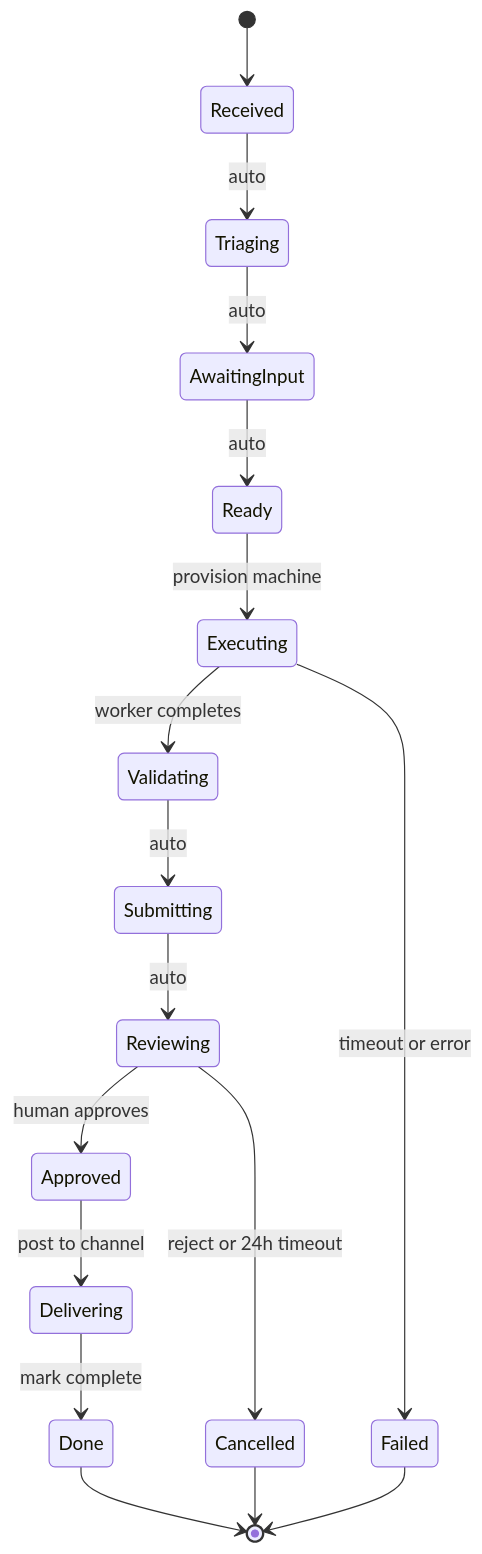
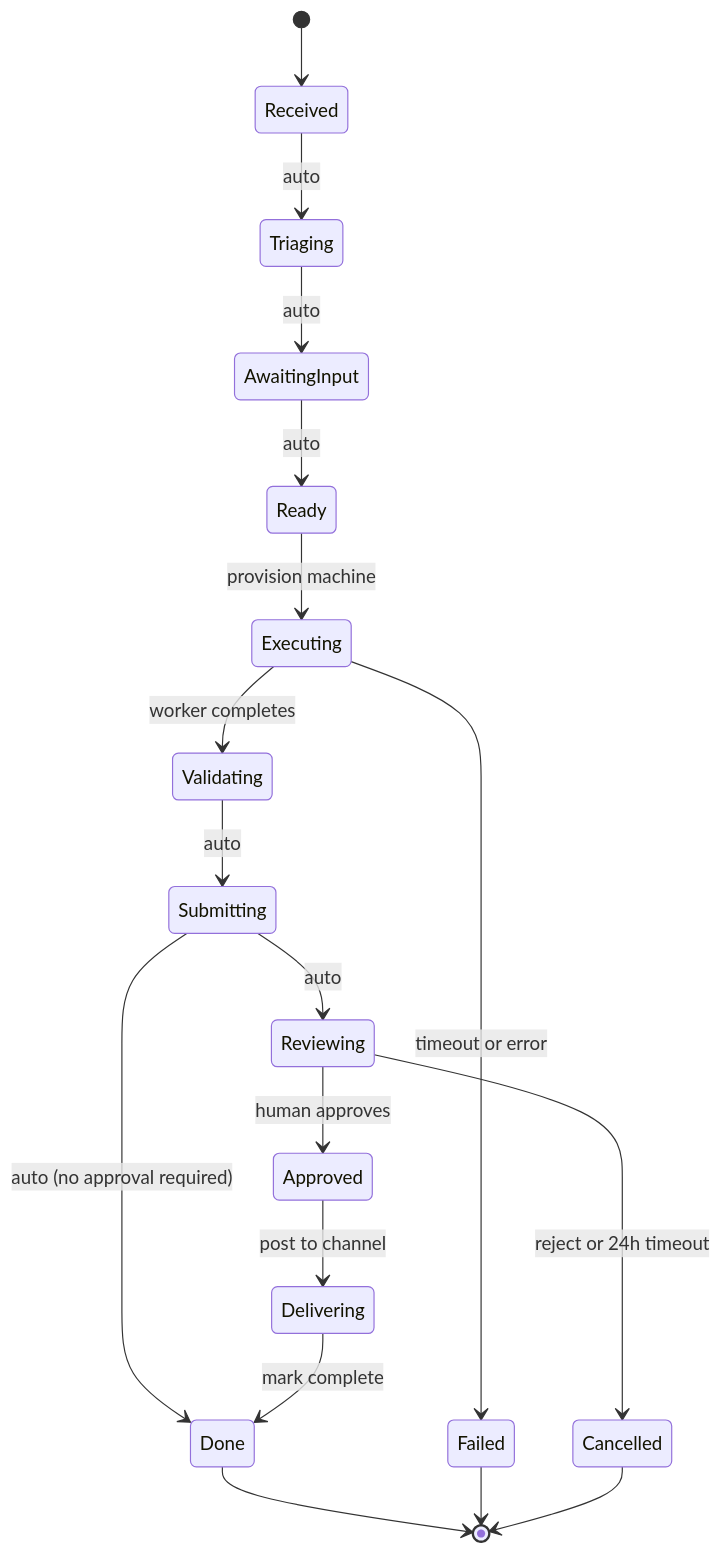
The second of 4 diagrams in docs/2026-04-20-1314-current-system-state.md (viiqswim/dozaldevs-ai-employee), drawn with Mermaid before and after one commit. The commit also changed other lines of this file, not shown here.

````diff
--- a/docs/2026-04-20-1314-current-system-state.md
+++ b/docs/2026-04-20-1314-current-system-state.md
@@ -100,22 +100,23 @@
 ```mermaid
 stateDiagram-v2
     [*] --> Received
 
     Received --> Triaging : auto
     Triaging --> AwaitingInput : auto
     AwaitingInput --> Ready : auto
     Ready --> Executing : provision machine
     Executing --> Validating : worker completes
     Validating --> Submitting : auto
     Submitting --> Reviewing : auto
+    Submitting --> Done : auto (no approval required)
     Reviewing --> Approved : human approves
     Approved --> Delivering : post to channel
     Delivering --> Done : mark complete
 
     Executing --> Failed : timeout or error
     Reviewing --> Cancelled : reject or 24h timeout
 
     Done --> [*]
     Failed --> [*]
     Cancelled --> [*]
 ```
````
